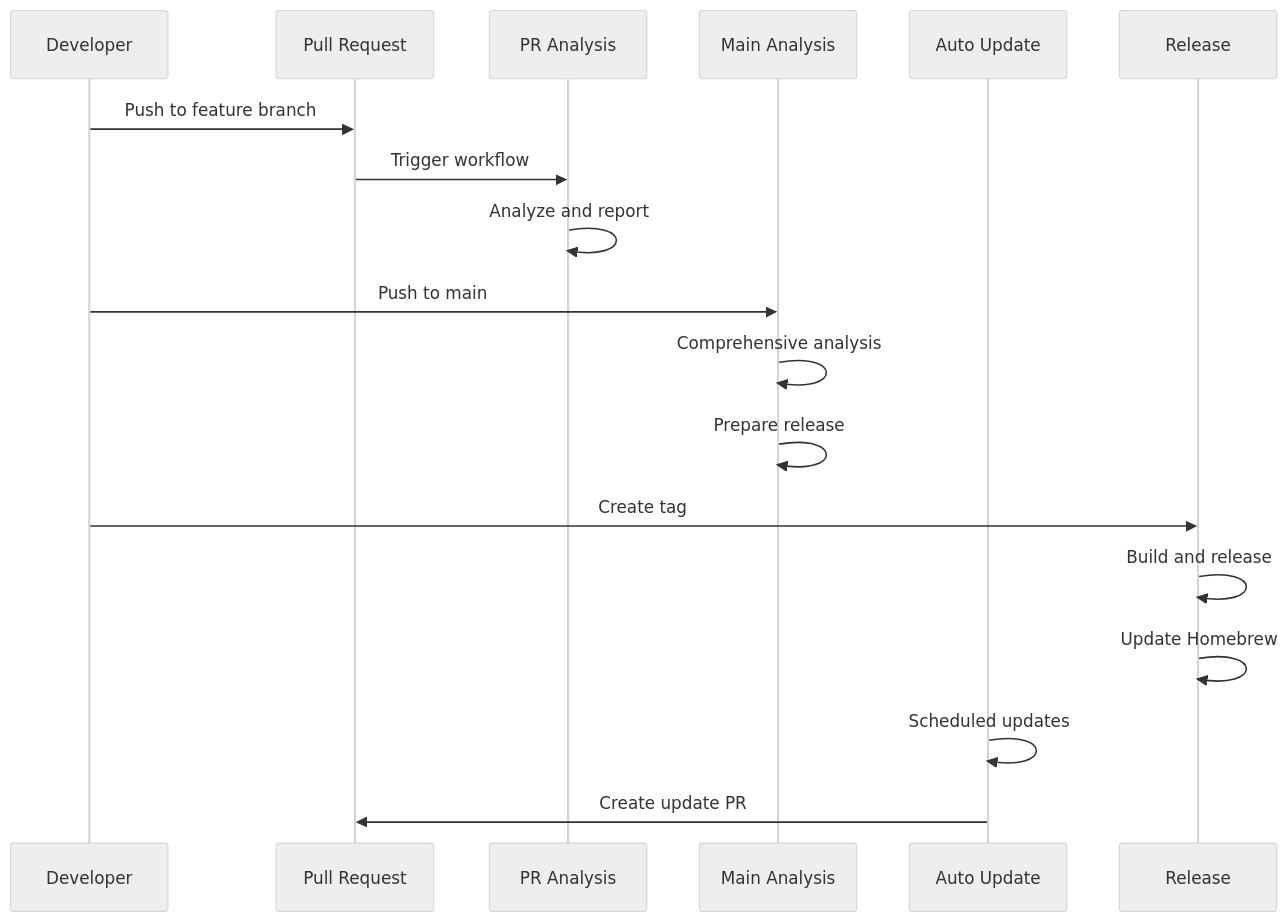
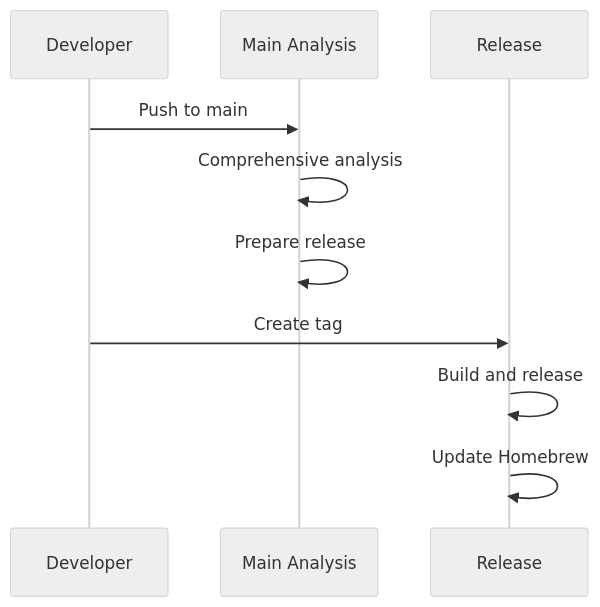
One commit to ericodx/swift-member-lineup changed the sixth of 6 diagrams in Docs/CI/README.md. Above: the diagram before and after it, drawn with Mermaid (neutral theme). The commit also changed other lines of this file and 3 other files, not shown here.

````diff
--- a/Docs/CI/README.md
+++ b/Docs/CI/README.md
@@ -287,24 +216,14 @@
 ```mermaid
 sequenceDiagram
     participant Dev as Developer
-    participant PR as Pull Request
-    participant PA as PR Analysis
     participant MA as Main Analysis
-    participant AU as Auto Update
     participant REL as Release
-    
-    Dev->>PR: Push to feature branch
-    PR->>PA: Trigger workflow
-    PA->>PA: Analyze and report
-    
+
     Dev->>MA: Push to main
     MA->>MA: Comprehensive analysis
     MA->>MA: Prepare release
-    
+
     Dev->>REL: Create tag
     REL->>REL: Build and release
     REL->>REL: Update Homebrew
-    
-    AU->>AU: Scheduled updates
-    AU->>PR: Create update PR
 ```
````
